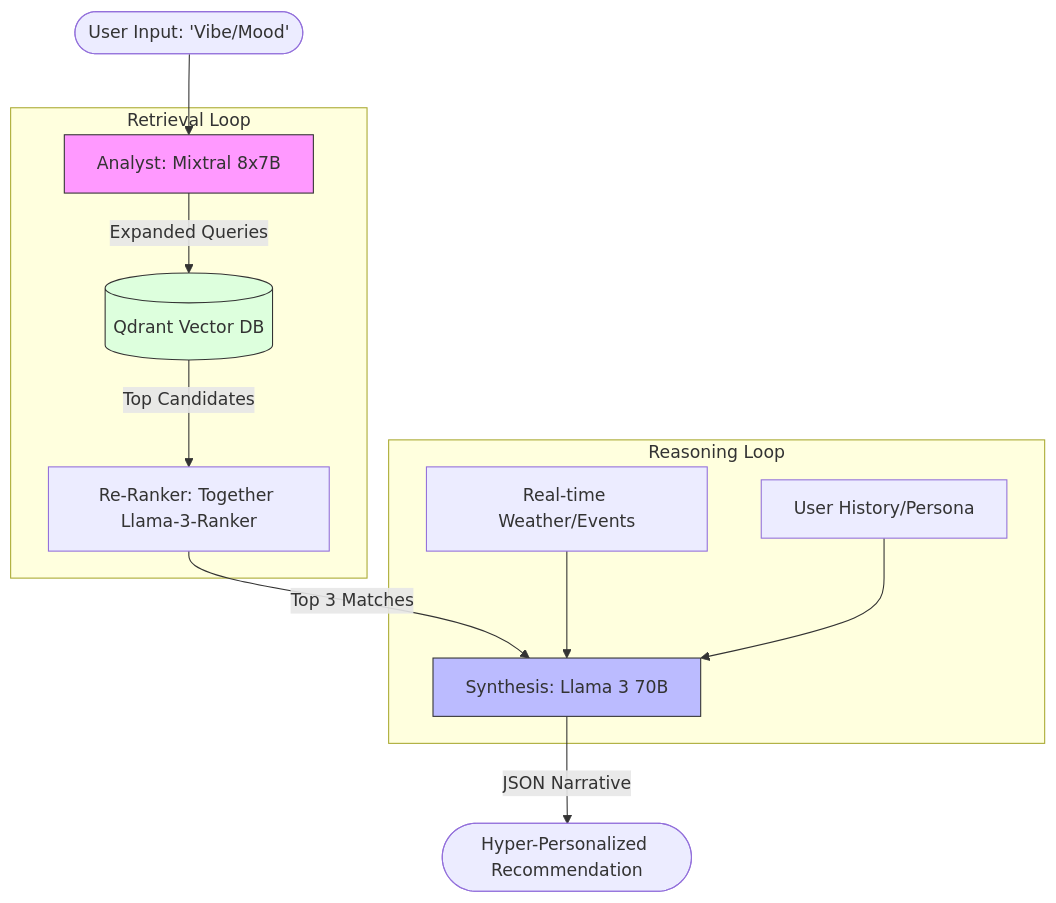
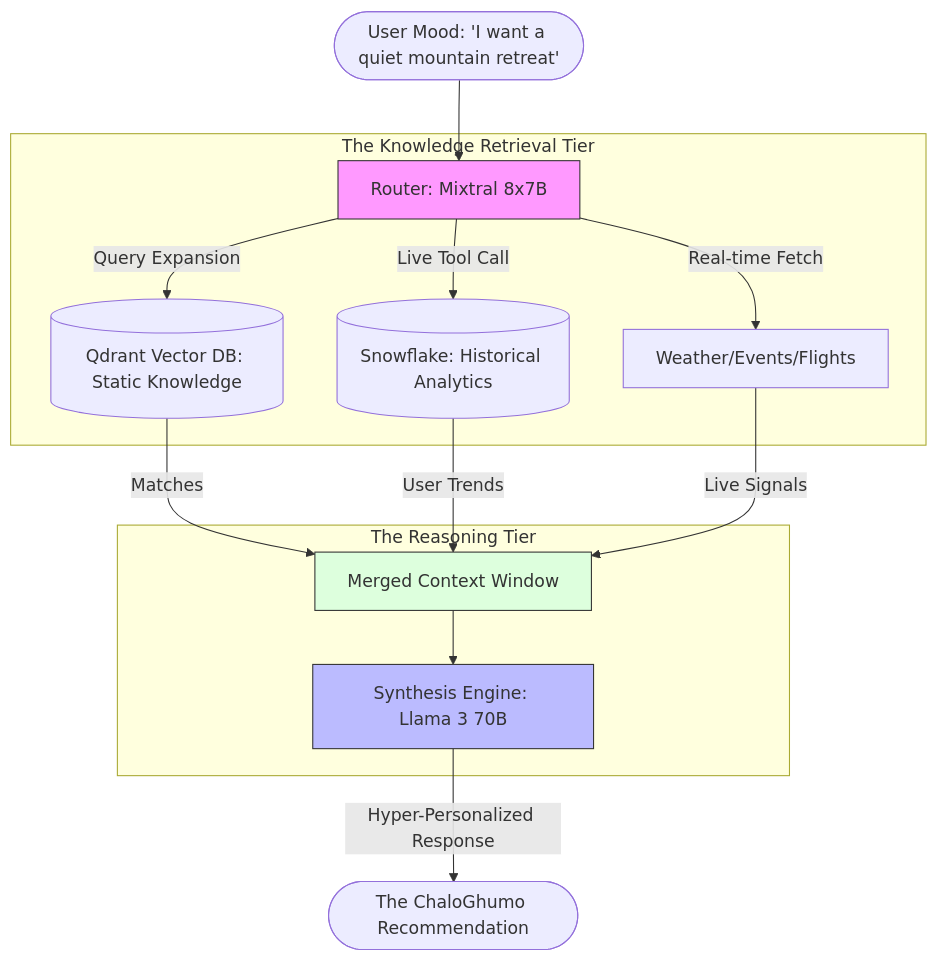
One commit to bc0de0/chaloghumo changed the diagram in docs/together_ai_rag_architecture.md. Above: the diagram before and after it, drawn with Mermaid. The commit also changed other lines of this file and 3 other files, not shown here.

First line of the commit message:
docs: finalize proprietary branding and Together AI RAG architecture

````diff
--- a/docs/together_ai_rag_architecture.md
+++ b/docs/together_ai_rag_architecture.md
@@ -39,21 +59,23 @@
 ```mermaid
 graph TD
-    User([User Input: 'Vibe/Mood']) --> Analyst[Analyst: Mixtral 8x7B]
+    User([User Mood: 'I want a quiet mountain retreat']) --> Router[Router: Mixtral 8x7B]
     
-    subgraph "Retrieval Loop"
-    Analyst -->|Expanded Queries| Qdrant[(Qdrant Vector DB)]
-    Qdrant -->|Top Candidates| ReRanker[Re-Ranker: Together Llama-3-Ranker]
+    subgraph "The Knowledge Retrieval Tier"
+    Router -->|Query Expansion| Qdrant[(Qdrant Vector DB: Static Knowledge)]
+    Router -->|Live Tool Call| Snowflake[(Snowflake: Historical Analytics)]
+    Router -->|Real-time Fetch| APIs[Weather/Events/Flights]
     end
     
-    subgraph "Reasoning Loop"
-    ReRanker -->|Top 3 Matches| Synthesis[Synthesis: Llama 3 70B]
-    Signals[Real-time Weather/Events] --> Synthesis
-    Persona[User History/Persona] --> Synthesis
+    subgraph "The Reasoning Tier"
+    Qdrant -->|Matches| Context[Merged Context Window]
+    Snowflake -->|User Trends| Context
+    APIs -->|Live Signals| Context
+    Context --> Synthesis[Synthesis Engine: Llama 3 70B]
     end
     
-    Synthesis -->|JSON Narrative| Final([Hyper-Personalized Recommendation])
+    Synthesis -->|Hyper-Personalized Response| Final([The ChaloGhumo Recommendation])
     
-    style Analyst fill:#f9f,stroke:#333
+    style Router fill:#f9f,stroke:#333
     style Synthesis fill:#bbf,stroke:#333
-    style Qdrant fill:#dfd,stroke:#333
+    style Context fill:#dfd,stroke:#333
 ```
````
